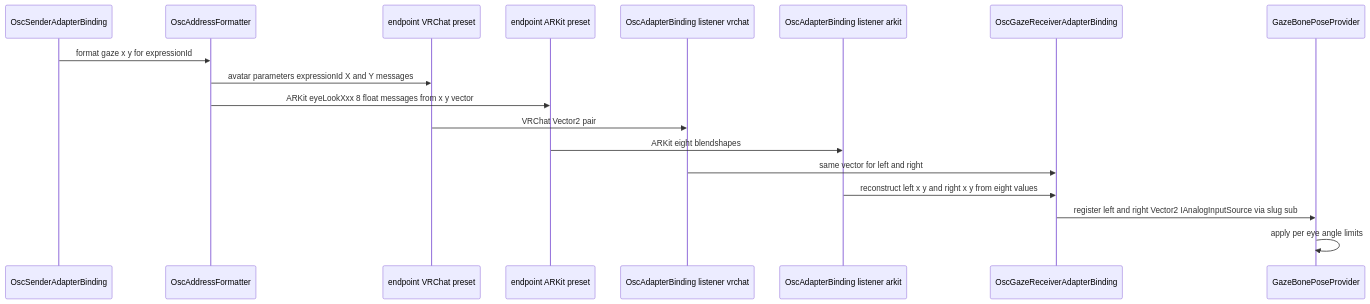
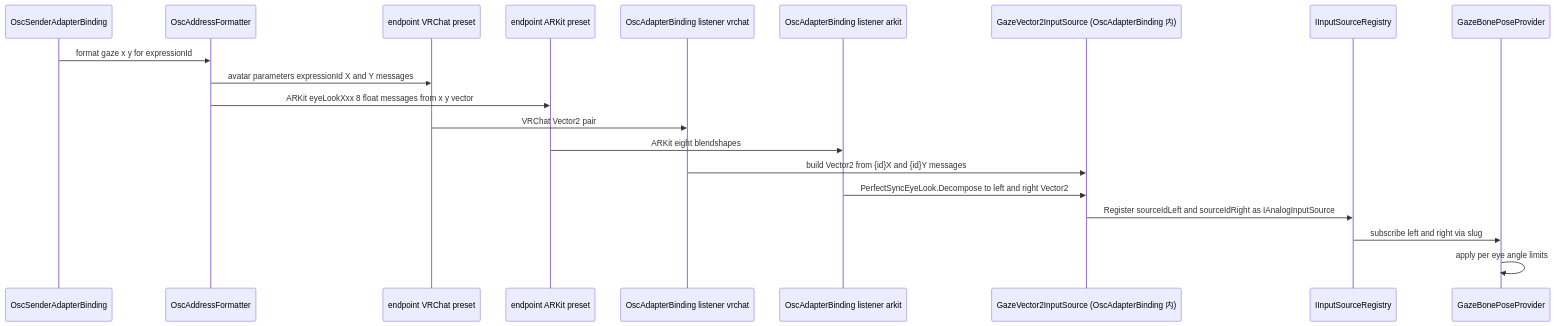
One commit to UNVGI/UnvgiFacialControl changed the fourth of 5 diagrams in .kiro/specs/osc-output-binding/design.md. Above: the diagram before and after it, drawn with Mermaid. The commit also changed other lines of this file and 4 other files, not shown here.

````diff
--- a/.kiro/specs/osc-output-binding/design.md
+++ b/.kiro/specs/osc-output-binding/design.md
@@ -323,21 +322,23 @@
 ```mermaid
 sequenceDiagram
     participant Sender as OscSenderAdapterBinding
     participant Fmt as OscAddressFormatter
     participant ESVa as endpoint VRChat preset
     participant ESAk as endpoint ARKit preset
     participant RcvVR as OscAdapterBinding listener vrchat
     participant RcvAK as OscAdapterBinding listener arkit
-    participant Gaze as OscGazeReceiverAdapterBinding
+    participant GazeSrc as GazeVector2InputSource (OscAdapterBinding 内)
+    participant Registry as IInputSourceRegistry
     participant PoseProvider as GazeBonePoseProvider
 
     Sender->>Fmt: format gaze x y for expressionId
     Fmt->>ESVa: avatar parameters expressionId X and Y messages
     Fmt->>ESAk: ARKit eyeLookXxx 8 float messages from x y vector
     ESVa->>RcvVR: VRChat Vector2 pair
     ESAk->>RcvAK: ARKit eight blendshapes
-    RcvVR->>Gaze: same vector for left and right
-    RcvAK->>Gaze: reconstruct left x y and right x y from eight values
-    Gaze->>PoseProvider: register left and right Vector2 IAnalogInputSource via slug sub
+    RcvVR->>GazeSrc: build Vector2 from {id}X and {id}Y messages
+    RcvAK->>GazeSrc: PerfectSyncEyeLook.Decompose to left and right Vector2
+    GazeSrc->>Registry: Register sourceIdLeft and sourceIdRight as IAnalogInputSource
+    Registry->>PoseProvider: subscribe left and right via slug
     PoseProvider->>PoseProvider: apply per eye angle limits
 ```
````
